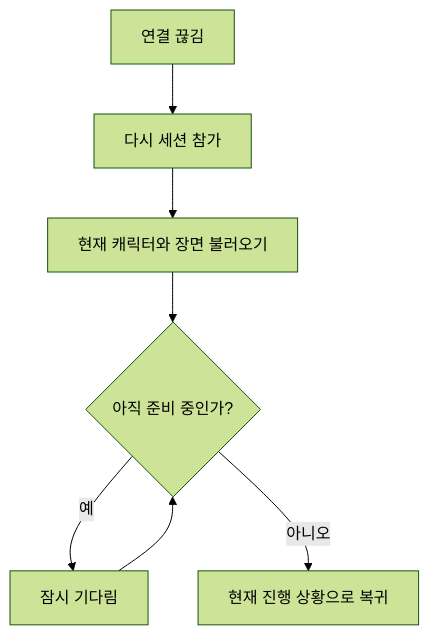
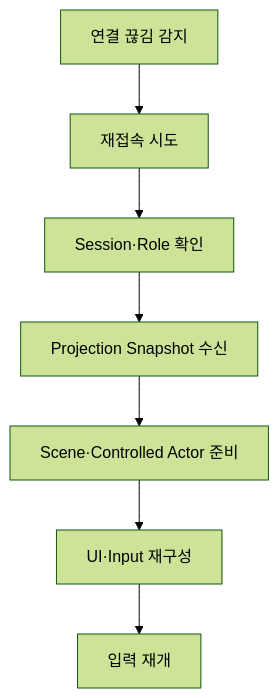
The sixth of 7 diagrams in docs/remake/user-guides/QUICK-FLOW.md (Kaetaeru/RVTT), drawn with Mermaid (forest theme) before and after one commit. The commit also changed other lines of this file, not shown here.

Commit message:
docs: link session flow to HTML UI examples

````diff
--- a/docs/remake/user-guides/QUICK-FLOW.md
+++ b/docs/remake/user-guides/QUICK-FLOW.md
@@ -221,9 +271,9 @@
 ```mermaid
 flowchart TD
-    A[연결 끊김] --> B[다시 세션 참가]
-    B --> C[현재 캐릭터와 장면 불러오기]
-    C --> D{아직 준비 중인가?}
-    D -->|예| E[잠시 기다림]
-    E --> D
-    D -->|아니오| F[현재 진행 상황으로 복귀]
+    A[연결 끊김 감지] --> B[재접속 시도]
+    B --> C[Session·Role 확인]
+    C --> D[Projection Snapshot 수신]
+    D --> E[Scene·Controlled Actor 준비]
+    E --> F[UI·Input 재구성]
+    F --> G[입력 재개]
 ```
````
